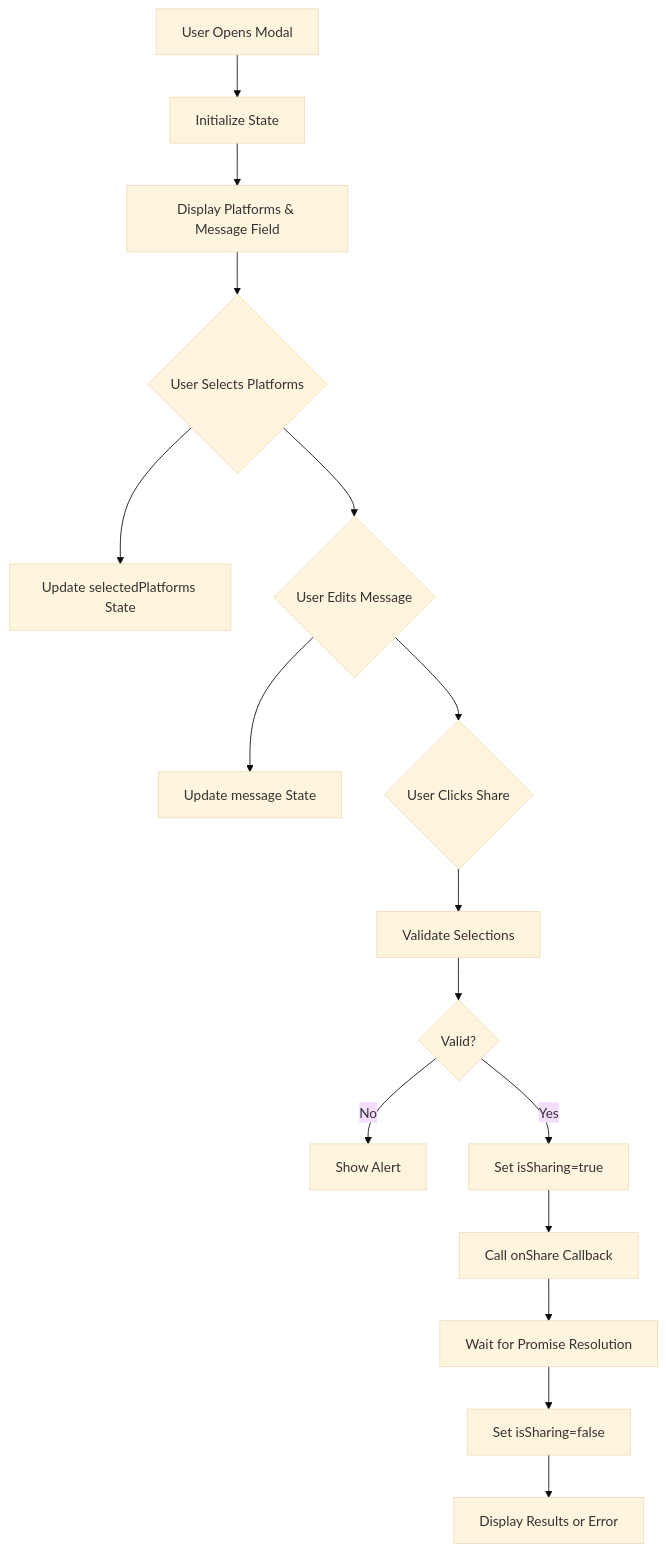
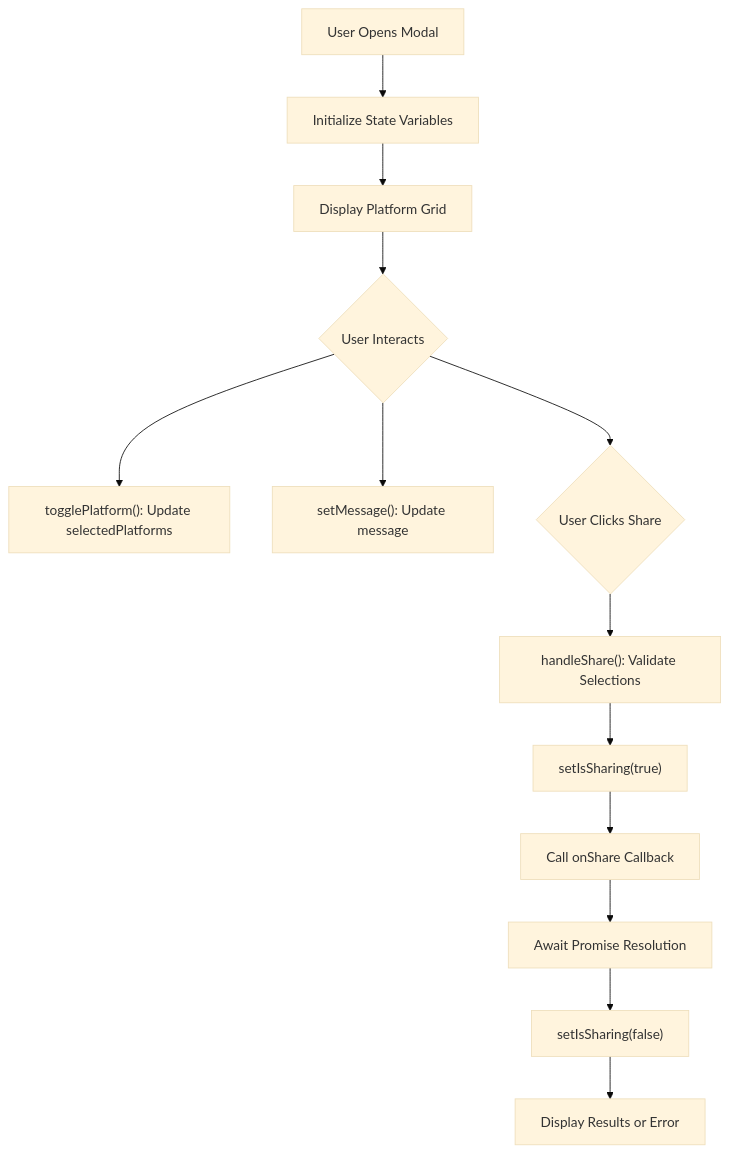
The first of 7 diagrams in .qoder/repowiki/en/content/Social Media Integration/Share Workflow and UI Integration.md (Brimstow/ThumPiks), drawn with Mermaid (base theme) before and after one commit. The commit also changed other lines of this file and 900 other files, not shown here.

````diff
--- a/.qoder/repowiki/en/content/Social Media Integration/Share Workflow and UI Integration.md
+++ b/.qoder/repowiki/en/content/Social Media Integration/Share Workflow and UI Integration.md
@@ -38,18 +61,15 @@
 ```mermaid
 flowchart TD
-A["User Opens Modal"] --> B["Initialize State"]
-B --> C["Display Platforms & Message Field"]
-C --> D{"User Selects Platforms"}
-D --> E["Update selectedPlatforms State"]
-D --> F{"User Edits Message"}
-F --> G["Update message State"]
-F --> H{"User Clicks Share"}
-H --> I["Validate Selections"]
-I --> J{"Valid?"}
-J --> |No| K["Show Alert"]
-J --> |Yes| L["Set isSharing=true"]
-L --> M["Call onShare Callback"]
-M --> N["Wait for Promise Resolution"]
-N --> O["Set isSharing=false"]
-O --> P["Display Results or Error"]
+A["User Opens Modal"] --> B["Initialize State Variables"]
+B --> C["Display Platform Grid"]
+C --> D{"User Interacts"}
+D --> E["togglePlatform(): Update selectedPlatforms"]
+D --> F["setMessage(): Update message"]
+D --> G{"User Clicks Share"}
+G --> H["handleShare(): Validate Selections"]
+H --> I["setIsSharing(true)"]
+I --> J["Call onShare Callback"]
+J --> K["Await Promise Resolution"]
+K --> L["setIsSharing(false)"]
+L --> M["Display Results or Error"]
 ```
````
